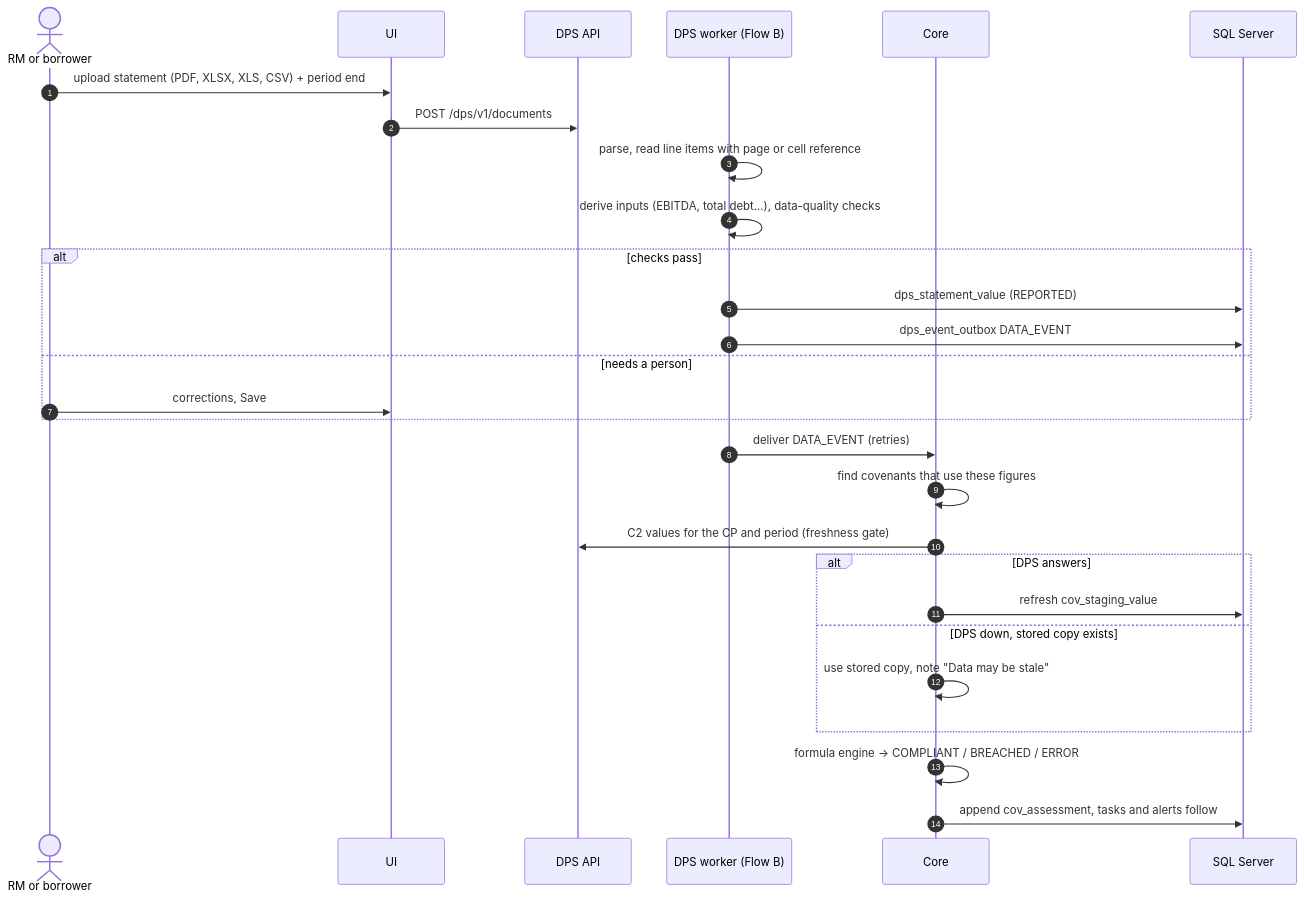
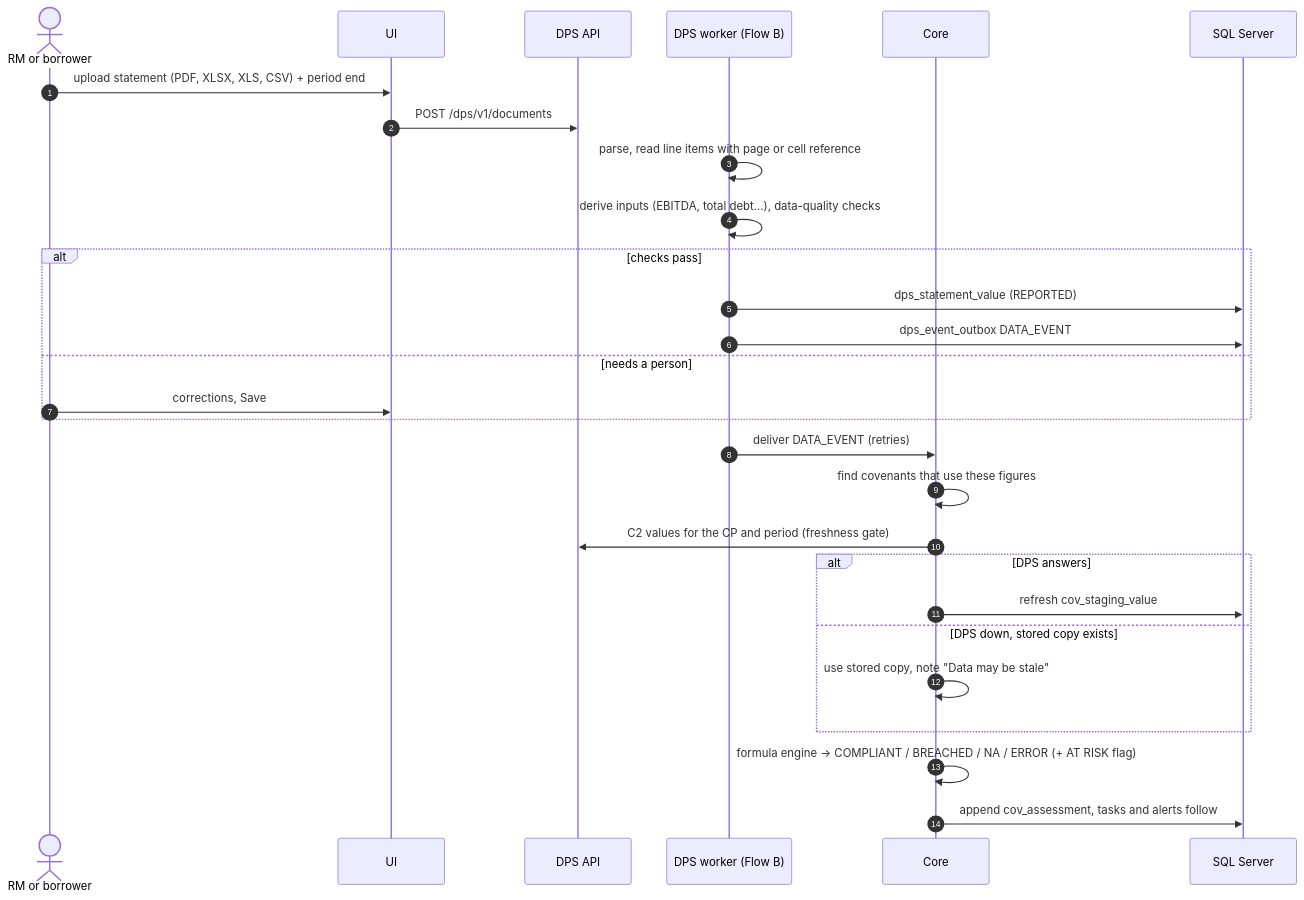
Before and after one commit to Vishwas2311/loan-covenant-platform: the fifth of 10 diagrams in docs/architecture/covenant-platform.md, drawn with Mermaid. The commit also changed other lines of this file, not shown here.

First line of the commit message:
docs(architecture): add 17 built features missing from the Covenexa page

````diff
--- a/docs/architecture/covenant-platform.md
+++ b/docs/architecture/covenant-platform.md
@@ -467,31 +474,31 @@
 ```mermaid
 sequenceDiagram
     autonumber
     actor RM as RM or borrower
     participant UI
     participant DPS as DPS API
     participant W as DPS worker (Flow B)
     participant Core
     participant DB as SQL Server
 
     RM->>UI: upload statement (PDF, XLSX, XLS, CSV) + period end
     UI->>DPS: POST /dps/v1/documents
     W->>W: parse, read line items with page or cell reference
     W->>W: derive inputs (EBITDA, total debt...), data-quality checks
     alt checks pass
         W->>DB: dps_statement_value (REPORTED)
         W->>DB: dps_event_outbox DATA_EVENT
     else needs a person
         RM->>UI: corrections, Save
     end
     W->>Core: deliver DATA_EVENT (retries)
     Core->>Core: find covenants that use these figures
     Core->>DPS: C2 values for the CP and period (freshness gate)
     alt DPS answers
         Core->>DB: refresh cov_staging_value
     else DPS down, stored copy exists
         Core->>Core: use stored copy, note "Data may be stale"
     end
-    Core->>Core: formula engine → COMPLIANT / BREACHED / ERROR
+    Core->>Core: formula engine → COMPLIANT / BREACHED / NA / ERROR (+ AT RISK flag)
     Core->>DB: append cov_assessment, tasks and alerts follow
 ```
````
